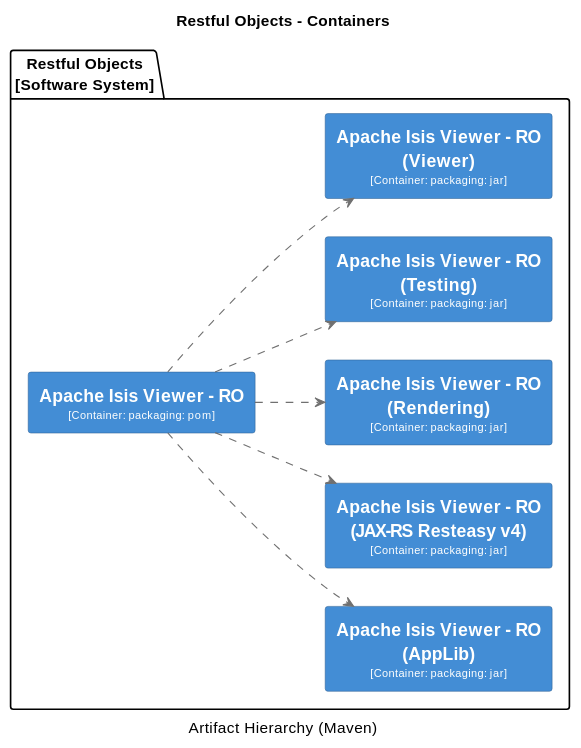
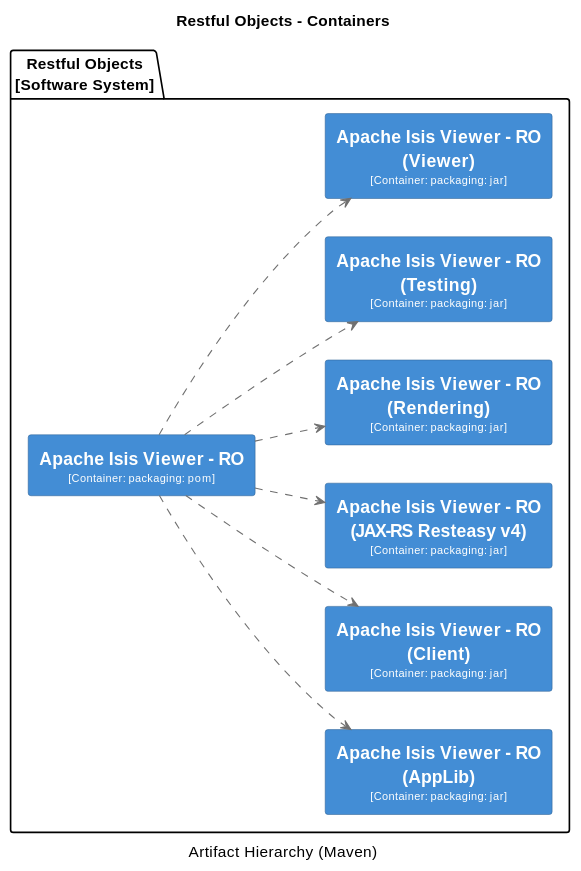
Before and after one commit to apache/causeway: diagram 15 of 32 in core/adoc/modules/_overview/pages/about.adoc, drawn with PlantUML. The commit also changed other lines of this file and 131 other files, not shown here.

```diff
--- a/core/adoc/modules/_overview/pages/about.adoc
+++ b/core/adoc/modules/_overview/pages/about.adoc
@@ -2679,60 +2704,67 @@
 [plantuml,Restful Objects,svg]
 ----
 @startuml(id=Restful_Objects)
 title Restful Objects - Containers
 caption Artifact Hierarchy (Maven)
 
 skinparam {
   shadowing false
   arrowFontSize 10
   defaultTextAlignment center
   wrapWidth 200
   maxMessageSize 100
 }
 hide stereotype
 left to right direction
 skinparam rectangle<<2>> {
   BackgroundColor #438dd5
   FontColor #fffffe
   BorderColor #2E6295
 }
 skinparam rectangle<<3>> {
   BackgroundColor #438dd5
   FontColor #fffffe
   BorderColor #2E6295
 }
 skinparam rectangle<<4>> {
   BackgroundColor #438dd5
   FontColor #fffffe
   BorderColor #2E6295
 }
 skinparam rectangle<<5>> {
   BackgroundColor #438dd5
   FontColor #fffffe
   BorderColor #2E6295
 }
 skinparam rectangle<<6>> {
   BackgroundColor #438dd5
   FontColor #fffffe
   BorderColor #2E6295
 }
 skinparam rectangle<<7>> {
   BackgroundColor #438dd5
   FontColor #fffffe
   BorderColor #2E6295
 }
+skinparam rectangle<<8>> {
+  BackgroundColor #438dd5
+  FontColor #fffffe
+  BorderColor #2E6295
+}
 package "Restful Objects\n[Software System]" {
   rectangle "==Apache Isis Viewer - RO\n<size:10>[Container: packaging: pom]</size>" <<2>> as 2
   rectangle "==Apache Isis Viewer - RO (AppLib)\n<size:10>[Container: packaging: jar]</size>" <<3>> as 3
-  rectangle "==Apache Isis Viewer - RO (JAX-RS Resteasy v4)\n<size:10>[Container: packaging: jar]</size>" <<4>> as 4
-  rectangle "==Apache Isis Viewer - RO (Rendering)\n<size:10>[Container: packaging: jar]</size>" <<5>> as 5
-  rectangle "==Apache Isis Viewer - RO (Testing)\n<size:10>[Container: packaging: jar]</size>" <<6>> as 6
-  rectangle "==Apache Isis Viewer - RO (Viewer)\n<size:10>[Container: packaging: jar]</size>" <<7>> as 7
+  rectangle "==Apache Isis Viewer - RO (Client)\n<size:10>[Container: packaging: jar]</size>" <<4>> as 4
+  rectangle "==Apache Isis Viewer - RO (JAX-RS Resteasy v4)\n<size:10>[Container: packaging: jar]</size>" <<5>> as 5
+  rectangle "==Apache Isis Viewer - RO (Rendering)\n<size:10>[Container: packaging: jar]</size>" <<6>> as 6
+  rectangle "==Apache Isis Viewer - RO (Testing)\n<size:10>[Container: packaging: jar]</size>" <<7>> as 7
+  rectangle "==Apache Isis Viewer - RO (Viewer)\n<size:10>[Container: packaging: jar]</size>" <<8>> as 8
 }
 2 .[#707070].> 3 : ""
 2 .[#707070].> 4 : ""
 2 .[#707070].> 5 : ""
 2 .[#707070].> 6 : ""
 2 .[#707070].> 7 : ""
+2 .[#707070].> 8 : ""
 @enduml
 ----
```
